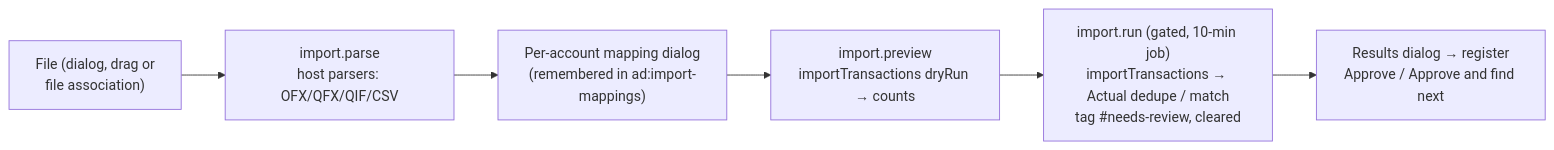
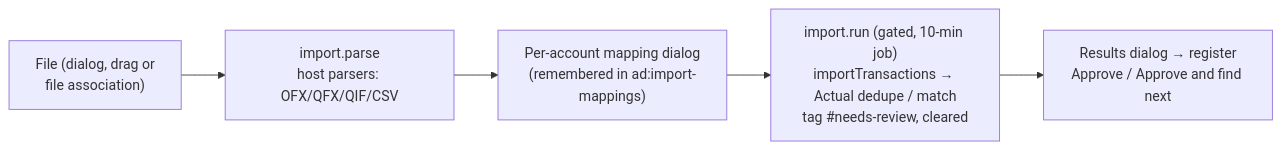
One commit to thomasjbarrett82/actuality changed the tenth of 12 diagrams in docs/architecture.md. Above: the diagram before and after it, drawn with Mermaid. The commit also changed other lines of this file and 31 other files, not shown here.

````diff
--- a/docs/architecture.md
+++ b/docs/architecture.md
@@ -444,8 +444,7 @@
 ```mermaid
 flowchart LR
     f["File (dialog, drag or<br/>file association)"] --> p["import.parse<br/>host parsers: OFX/QFX/QIF/CSV"]
     p --> m["Per-account mapping dialog<br/>(remembered in ad:import-mappings)"]
-    m --> pv["import.preview<br/>importTransactions dryRun → counts"]
-    pv --> r["import.run (gated, 10-min job)<br/>importTransactions → Actual dedupe / match<br/>tag #needs-review, cleared"]
+    m --> r["import.run (gated, 10-min job)<br/>importTransactions → Actual dedupe / match<br/>tag #needs-review, cleared"]
     r --> res["Results dialog → register<br/>Approve / Approve and find next"]
 ```
````
